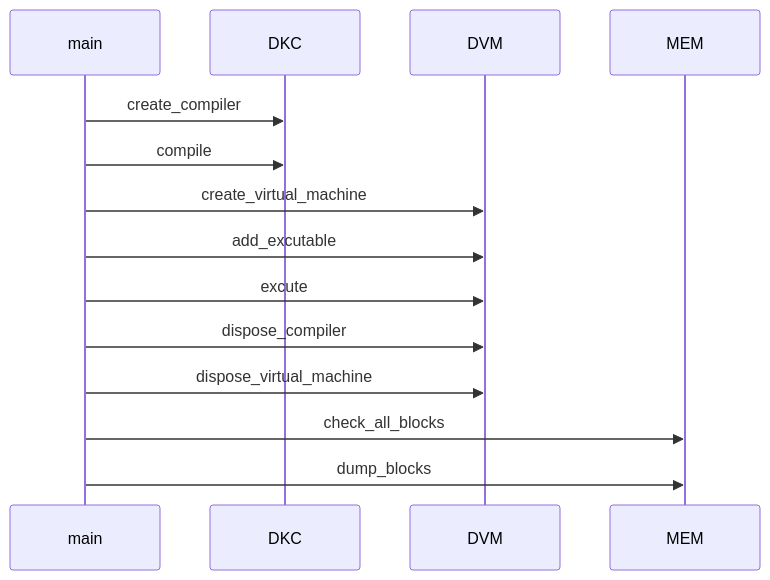
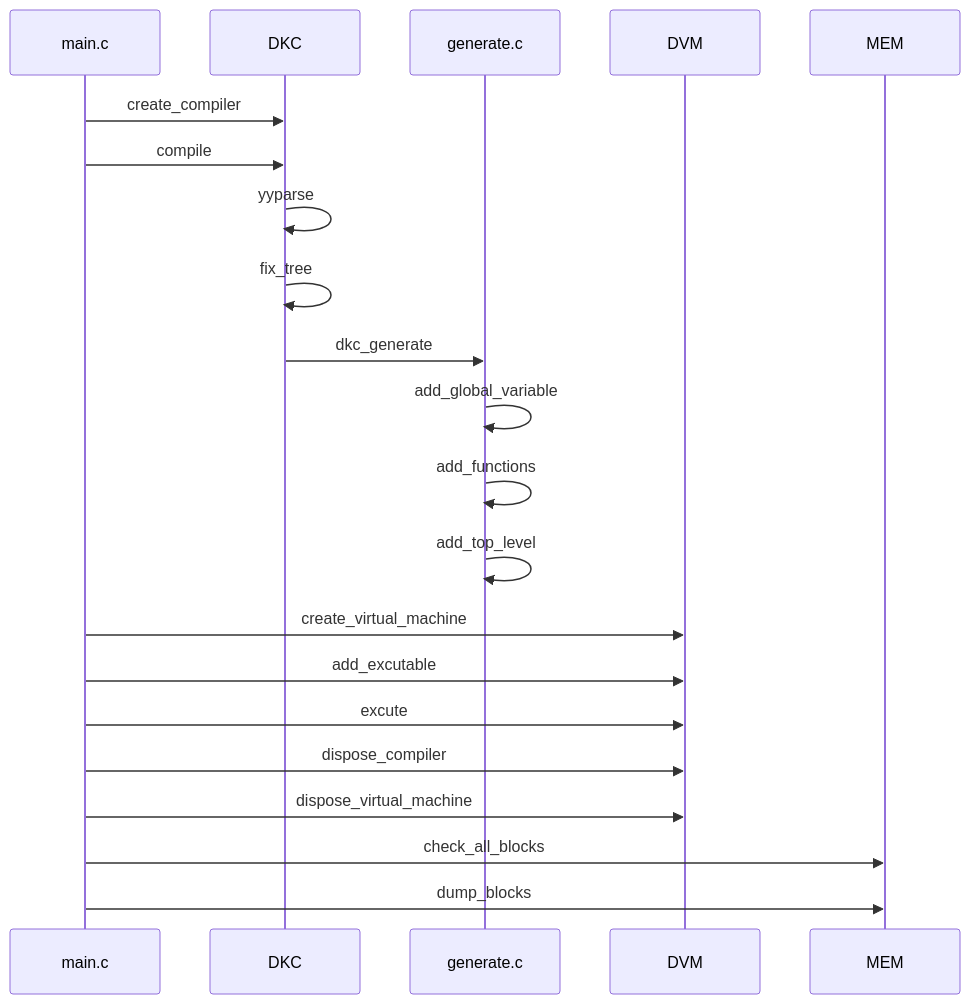
Before and after one commit to sulvto/compilers: the diagram in diksam/README.md, drawn with Mermaid. The commit also changed 2 other files, not shown here.

````diff
--- a/diksam/README.md
+++ b/diksam/README.md
@@ -2,12 +2,18 @@
 ```mermaid
 sequenceDiagram
-    main->>DKC: create_compiler
-    main->>DKC: compile
-    main->>DVM: create_virtual_machine
-    main->>DVM: add_excutable
-    main->>DVM: excute
-    main->>DVM: dispose_compiler
-    main->>DVM: dispose_virtual_machine
-    main->>MEM: check_all_blocks
-    main->>MEM: dump_blocks
+    main.c->>DKC: create_compiler
+    main.c->>DKC: compile
+    DKC->>DKC: yyparse
+    DKC->>DKC: fix_tree
+    DKC->>generate.c: dkc_generate
+    generate.c->>generate.c: add_global_variable
+    generate.c->>generate.c: add_functions
+    generate.c->>generate.c: add_top_level
+    main.c->>DVM: create_virtual_machine
+    main.c->>DVM: add_excutable
+    main.c->>DVM: excute
+    main.c->>DVM: dispose_compiler
+    main.c->>DVM: dispose_virtual_machine
+    main.c->>MEM: check_all_blocks
+    main.c->>MEM: dump_blocks
 ```
````
